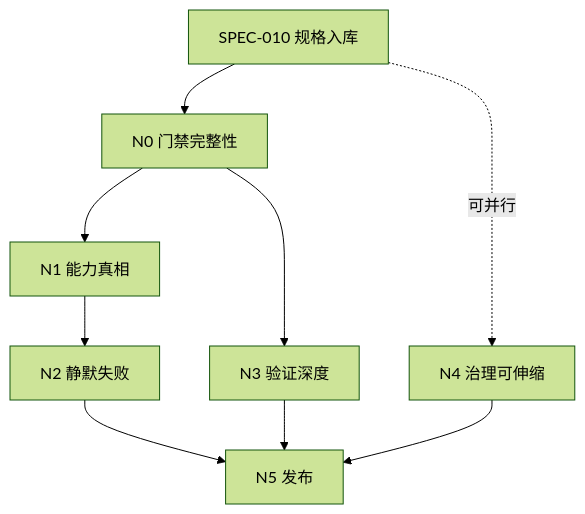
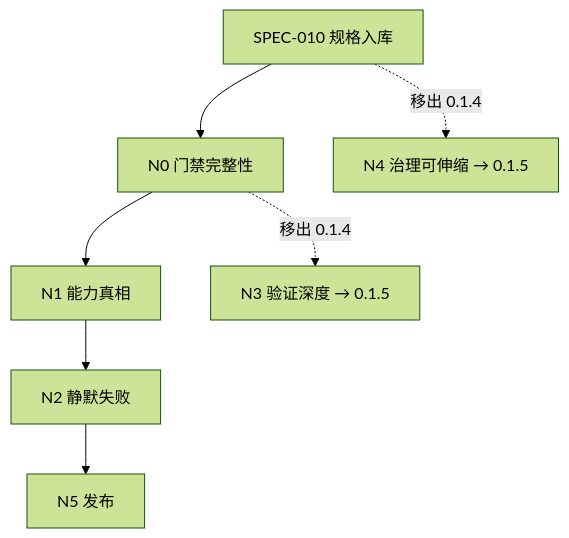
Before and after one commit to llmrust/llmrust: the diagram in docs/SPCC-0.1.4.md, drawn with Mermaid (forest theme). The commit also changed other lines of this file, not shown here.

````diff
--- a/docs/SPCC-0.1.4.md
+++ b/docs/SPCC-0.1.4.md
@@ -371,11 +388,9 @@
 ```mermaid
 flowchart TD
     SPEC["SPEC-010 规格入库"] --> N0["N0 门禁完整性"]
     N0 --> N1["N1 能力真相"]
-    N0 --> N3["N3 验证深度"]
     N1 --> N2["N2 静默失败"]
-    SPEC -. "可并行" .-> N4["N4 治理可伸缩"]
     N2 --> N5["N5 发布"]
-    N3 --> N5
-    N4 --> N5
+    N0 -. "移出 0.1.4" .-> N3["N3 验证深度 → 0.1.5"]
+    SPEC -. "移出 0.1.4" .-> N4["N4 治理可伸缩 → 0.1.5"]
 ```
````
